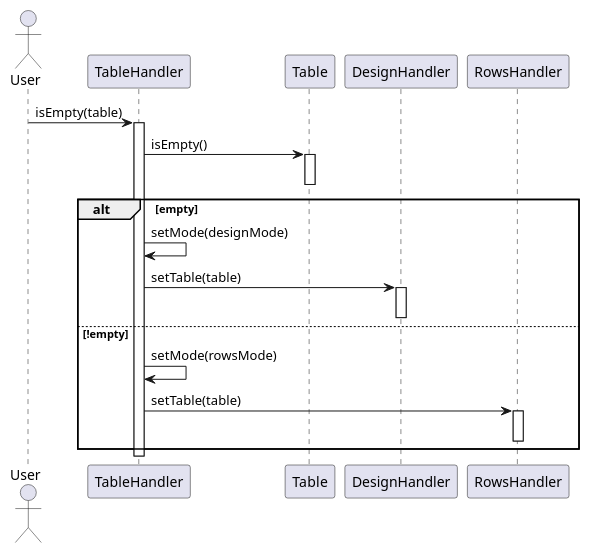
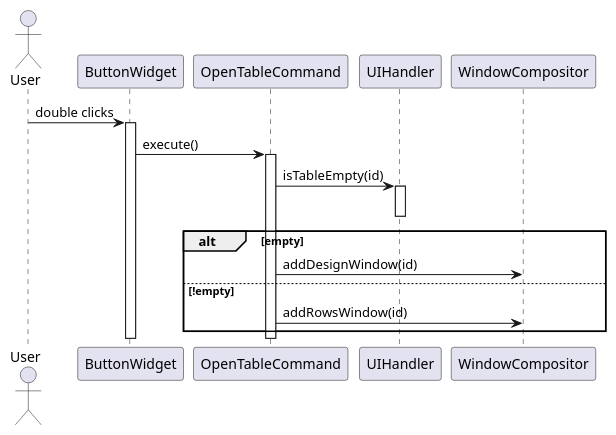
One commit to Bhamoss/softwareOntwerpProject changed the diagram in diagrams/interactionDiagrams/openTable.puml. Above: the diagram before and after it, drawn with PlantUML. The commit also changed 69 other files, not shown here.

Commit message:
Interaction diagrams

```diff
--- a/diagrams/interactionDiagrams/openTable.puml
+++ b/diagrams/interactionDiagrams/openTable.puml
@@ -1,24 +1,20 @@
 @startuml
 actor User
 
-User -> TableHandler: isEmpty(table)
-activate TableHandler
-TableHandler -> Table: isEmpty()
-activate Table
-deactivate Table
+User -> ButtonWidget: double clicks
+activate ButtonWidget
+ButtonWidget -> OpenTableCommand: execute()
+activate OpenTableCommand
+OpenTableCommand -> UIHandler: isTableEmpty(id)
+activate UIHandler
+deactivate UIHandler
 alt empty
-    TableHandler -> TableHandler: setMode(designMode)
-    TableHandler -> DesignHandler: setTable(table)
-    activate DesignHandler
-    deactivate DesignHandler
+    OpenTableCommand -> WindowCompositor: addDesignWindow(id)
 else !empty
-    TableHandler -> TableHandler: setMode(rowsMode)
-    TableHandler -> RowsHandler: setTable(table)
-    activate RowsHandler
-    deactivate RowsHandler
+    OpenTableCommand -> WindowCompositor: addRowsWindow(id)
 end
-deactivate TableHandler
-
+deactivate OpenTableCommand
+deactivate ButtonWidget
 
 
 @enduml
```
